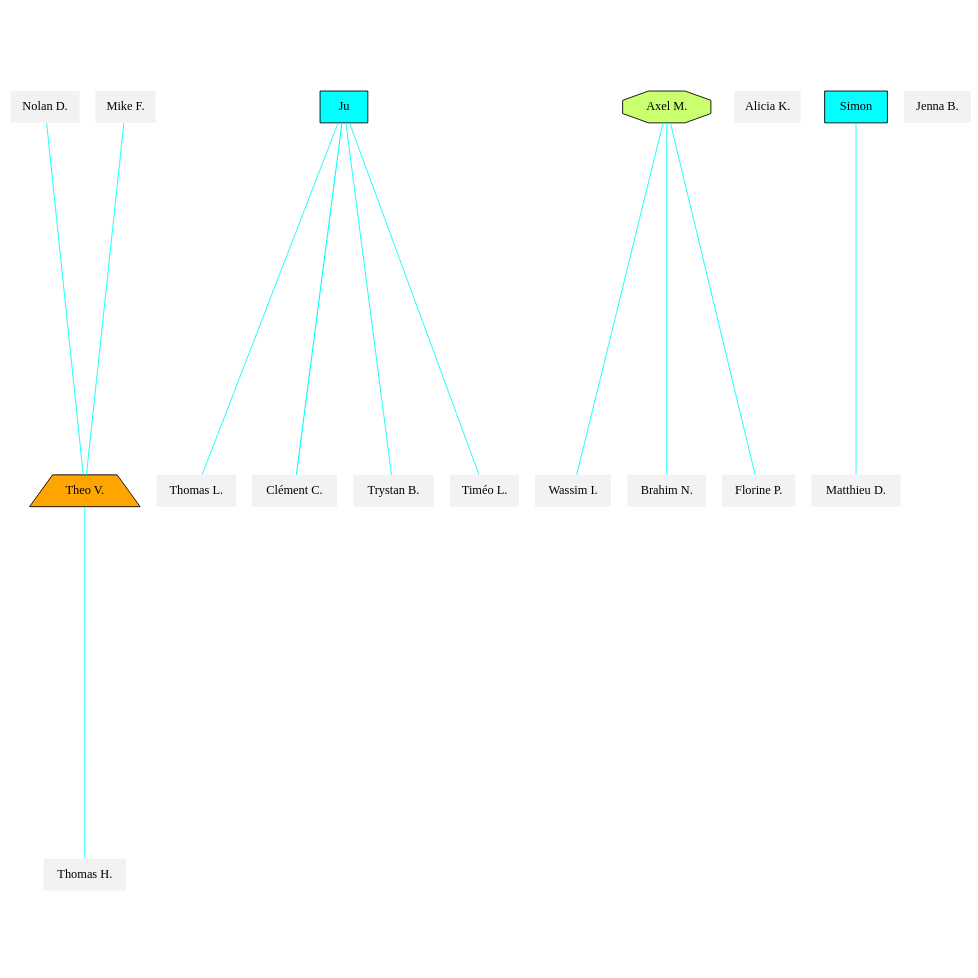
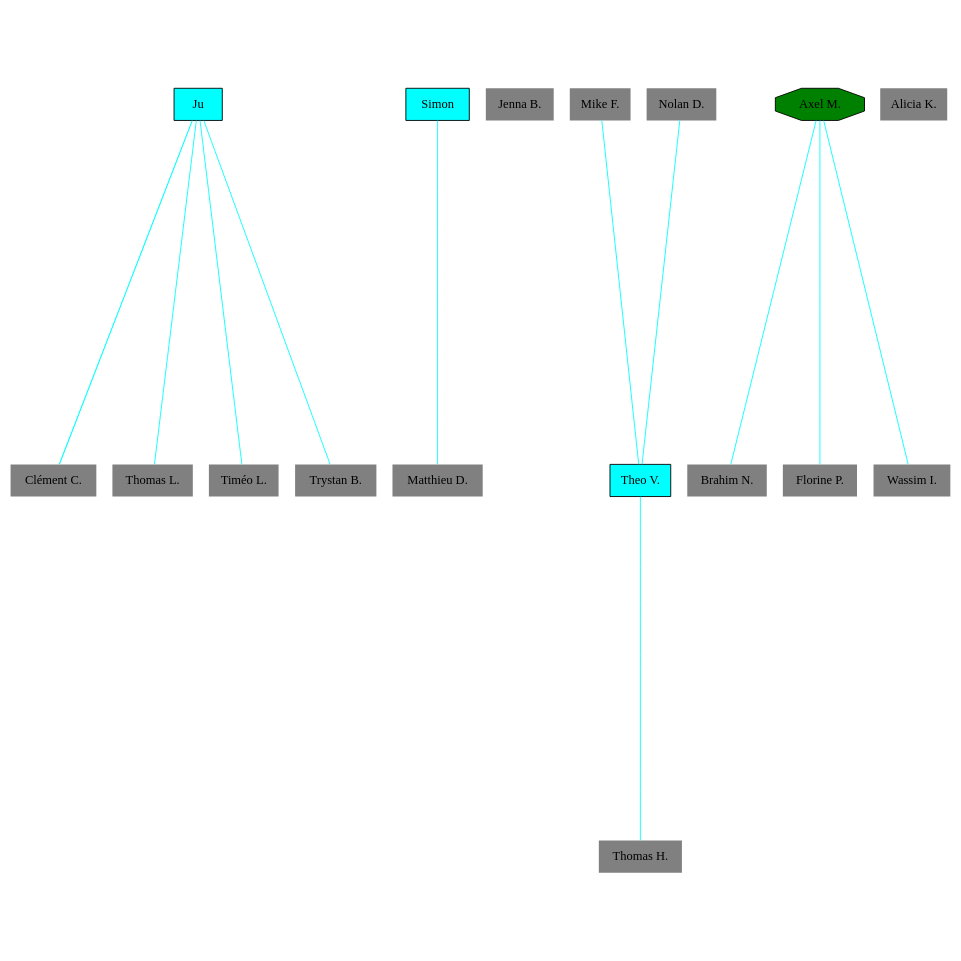
Before and after one commit to GuilhemRep/sauts: the diagram in jumpers_STUDENT.dot, drawn with Graphviz. The commit also changed 5 other files, not shown here.

```diff
--- a/jumpers_STUDENT.dot
+++ b/jumpers_STUDENT.dot
@@ -1,31 +1,31 @@
 graph Jumpers {
 	graph [overlap=false ratio=1 size="15,15" splines=true]
-	"Nolan D." [fillcolor=gray95 shape=none style=filled]
-	"Thomas L." [fillcolor=gray95 shape=none style=filled]
-	"Clément C." [fillcolor=gray95 shape=none style=filled]
-	"Trystan B." [fillcolor=gray95 shape=none style=filled]
-	"Wassim I." [fillcolor=gray95 shape=none style=filled]
-	"Thomas H." [fillcolor=gray95 shape=none style=filled]
-	"Timéo L." [fillcolor=gray95 shape=none style=filled]
-	"Theo V." [fillcolor=orange shape=trapezium style=filled]
-	"Brahim N." [fillcolor=gray95 shape=none style=filled]
-	"Alicia K." [fillcolor=gray95 shape=none style=filled]
-	"Matthieu D." [fillcolor=gray95 shape=none style=filled]
+	"Clément C." [fillcolor=gray shape=none style=filled]
+	" Simon " [fillcolor=cyan shape=rectangle style=filled]
+	"Jenna B." [fillcolor=gray shape=none style=filled]
+	"Thomas L." [fillcolor=gray shape=none style=filled]
 	" Ju " [fillcolor=cyan shape=rectangle style=filled]
-	"Axel M." [fillcolor=darkolivegreen1 shape=octagon style=filled]
-	"Florine P." [fillcolor=gray95 shape=none style=filled]
-	"Mike F." [fillcolor=gray95 shape=none style=filled]
-	" Simon " [fillcolor=cyan shape=rectangle style=filled]
-	"Jenna B." [fillcolor=gray95 shape=none style=filled]
+	"Matthieu D." [fillcolor=gray shape=none style=filled]
+	"Mike F." [fillcolor=gray shape=none style=filled]
+	"Brahim N." [fillcolor=gray shape=none style=filled]
+	"Florine P." [fillcolor=gray shape=none style=filled]
+	"Nolan D." [fillcolor=gray shape=none style=filled]
+	"Theo V." [fillcolor=cyan shape=rectangle style=filled]
+	"Timéo L." [fillcolor=gray shape=none style=filled]
+	"Wassim I." [fillcolor=gray shape=none style=filled]
+	"Alicia K." [fillcolor=gray shape=none style=filled]
+	"Trystan B." [fillcolor=gray shape=none style=filled]
+	"Thomas H." [fillcolor=gray shape=none style=filled]
+	"Axel M." [fillcolor=green shape=octagon style=filled]
 	" Ju " -- "Thomas L." [color=cyan len=1.5 penwidth=1.0]
 	"Mike F." -- "Theo V." [color=cyan len=1.5 penwidth=1.0]
 	" Ju " -- "Clément C." [color=cyan len=1.5 penwidth=1.2071067811865475]
 	"Axel M." -- "Brahim N." [color=cyan len=1.5 penwidth=1.0]
 	" Simon " -- "Matthieu D." [color=cyan len=1.5 penwidth=1.0]
 	" Ju " -- "Timéo L." [color=cyan len=1.5 penwidth=1.0]
 	" Ju " -- "Trystan B." [color=cyan len=1.5 penwidth=1.0]
 	"Theo V." -- "Thomas H." [color=cyan len=1.5 penwidth=1.0]
 	"Axel M." -- "Florine P." [color=cyan len=1.5 penwidth=1.0]
 	"Nolan D." -- "Theo V." [color=cyan len=1.5 penwidth=1.0]
 	"Axel M." -- "Wassim I." [color=cyan len=1.5 penwidth=1.0]
 }
```
